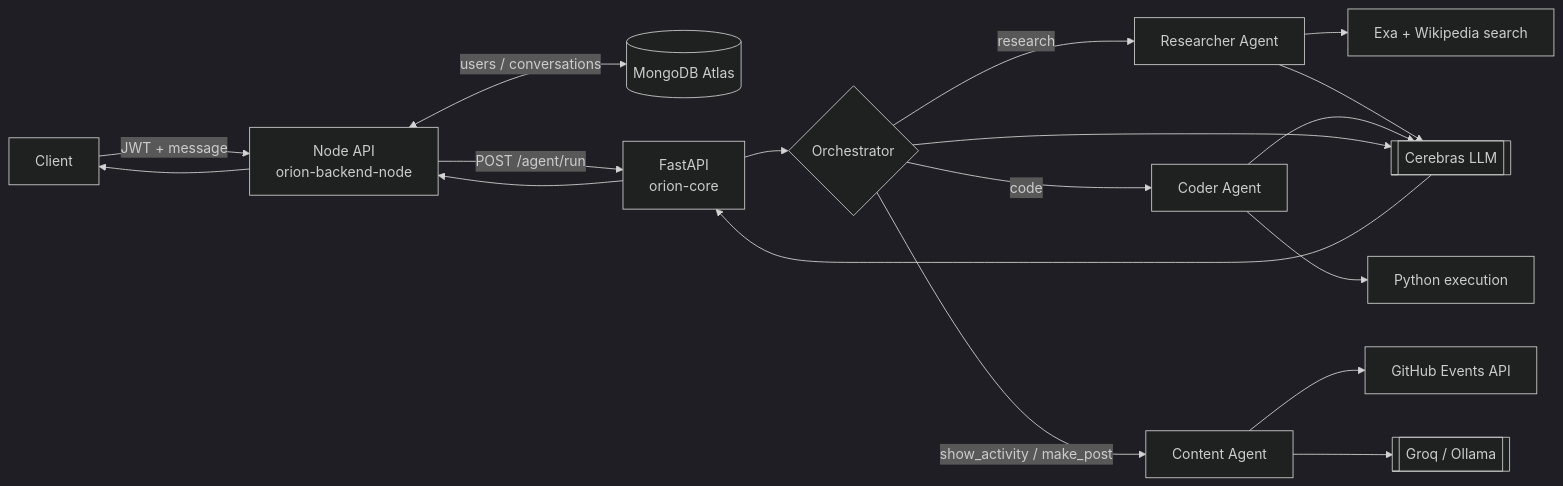
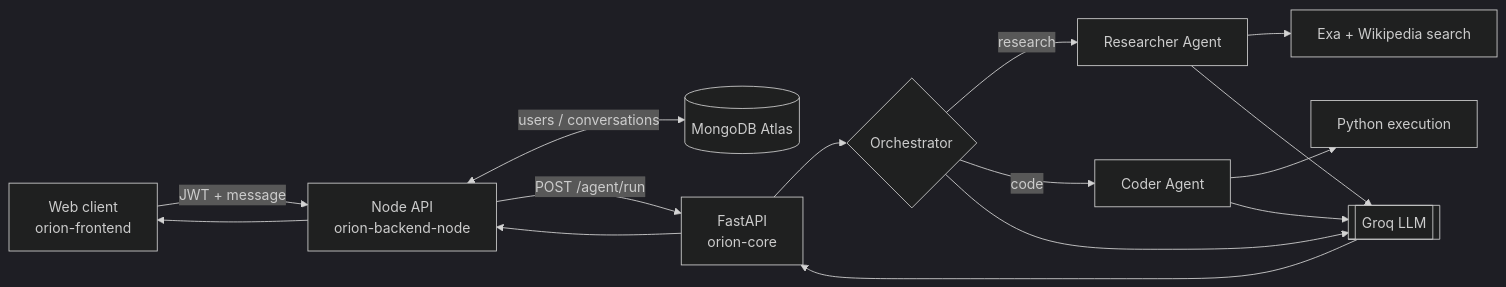
One commit to shivansh-arch/Orion changed the diagram in README.md. Above: the diagram before and after it, drawn with Mermaid (dark theme). The commit also changed other lines of this file, not shown here.

````diff
--- a/README.md
+++ b/README.md
@@ -9,18 +9,15 @@
 ```mermaid
 flowchart LR
-    U[Client] -->|JWT + message| N[Node API<br/>orion-backend-node]
+    U[Web client<br/>orion-frontend] -->|JWT + message| N[Node API<br/>orion-backend-node]
     N <-->|users / conversations| DB[(MongoDB Atlas)]
     N -->|POST /agent/run| P[FastAPI<br/>orion-core]
     P --> O{Orchestrator}
     O -->|research| R[Researcher Agent]
     O -->|code| C[Coder Agent]
-    O -->|show_activity / make_post| CA[Content Agent]
     R --> S[Exa + Wikipedia search]
     C --> X[Python execution]
-    CA --> GH[GitHub Events API]
-    CA --> LLM2[[Groq / Ollama]]
-    R --> L[[Cerebras LLM]]
+    R --> L[[Groq LLM]]
     C --> L
     O --> L
     L --> P --> N --> U
 ```
````
